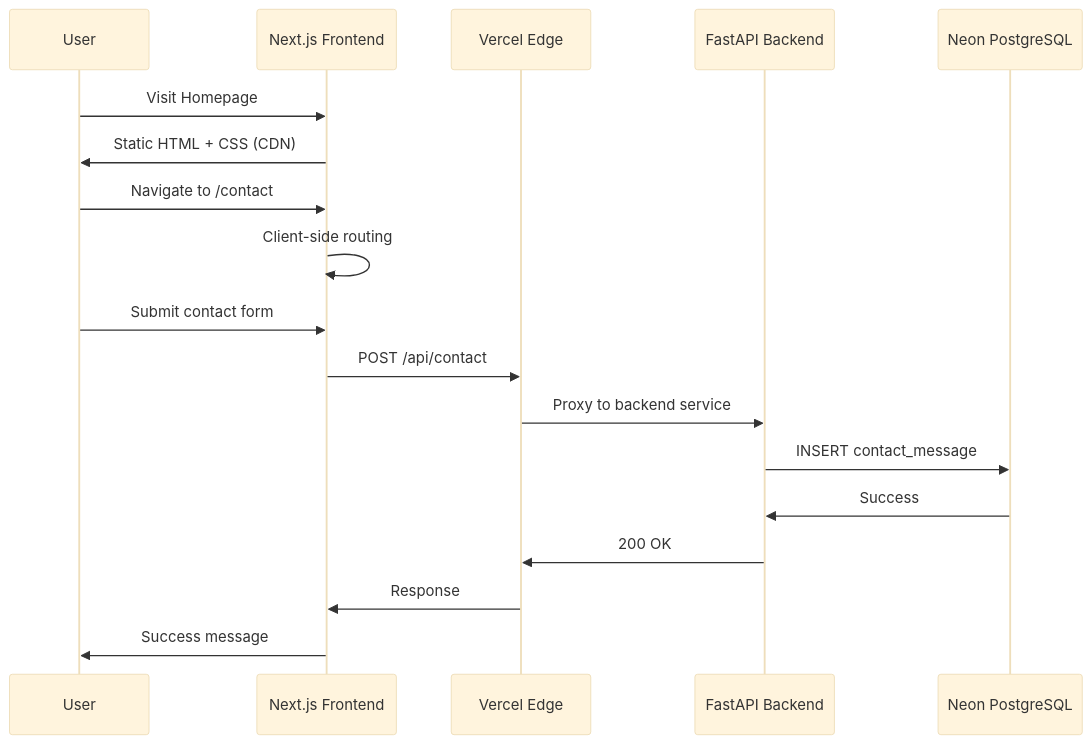
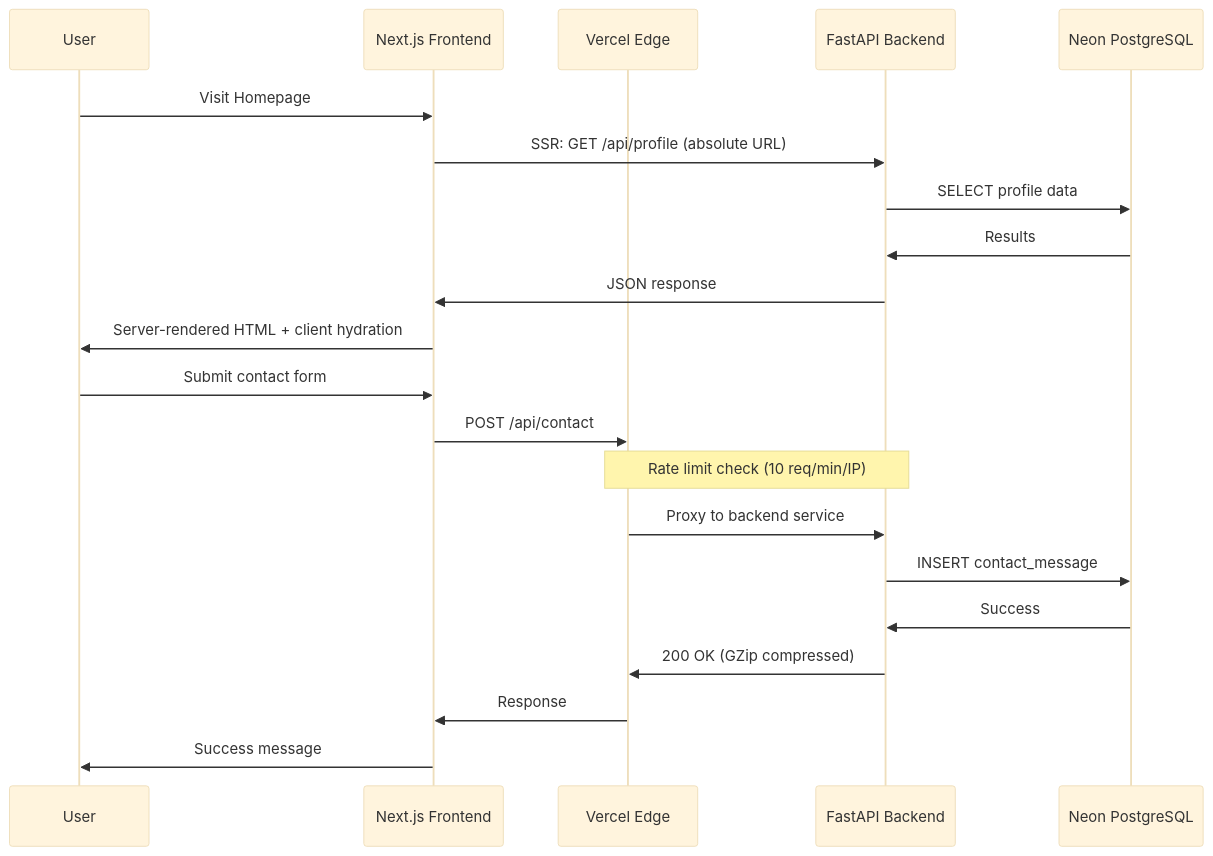
Before and after one commit to mdalahimondol656-wq/MD-ALAHI-MONDOL: the second of 4 diagrams in README.md, drawn with Mermaid (base theme). The commit also changed other lines of this file, not shown here.

````diff
--- a/README.md
+++ b/README.md
@@ -74,21 +79,24 @@
 ```mermaid
 sequenceDiagram
     participant U as User
     participant F as Next.js Frontend
     participant V as Vercel Edge
     participant B as FastAPI Backend
     participant D as Neon PostgreSQL
 
     U->>F: Visit Homepage
-    F->>U: Static HTML + CSS (CDN)
-    U->>F: Navigate to /contact
-    F->>F: Client-side routing
+    F->>B: SSR: GET /api/profile (absolute URL)
+    B->>D: SELECT profile data
+    D->>B: Results
+    B->>F: JSON response
+    F->>U: Server-rendered HTML + client hydration
     U->>F: Submit contact form
     F->>V: POST /api/contact
+    Note over V,B: Rate limit check (10 req/min/IP)
     V->>B: Proxy to backend service
     B->>D: INSERT contact_message
     D->>B: Success
-    B->>V: 200 OK
+    B->>V: 200 OK (GZip compressed)
     V->>F: Response
     F->>U: Success message
 ```
````
